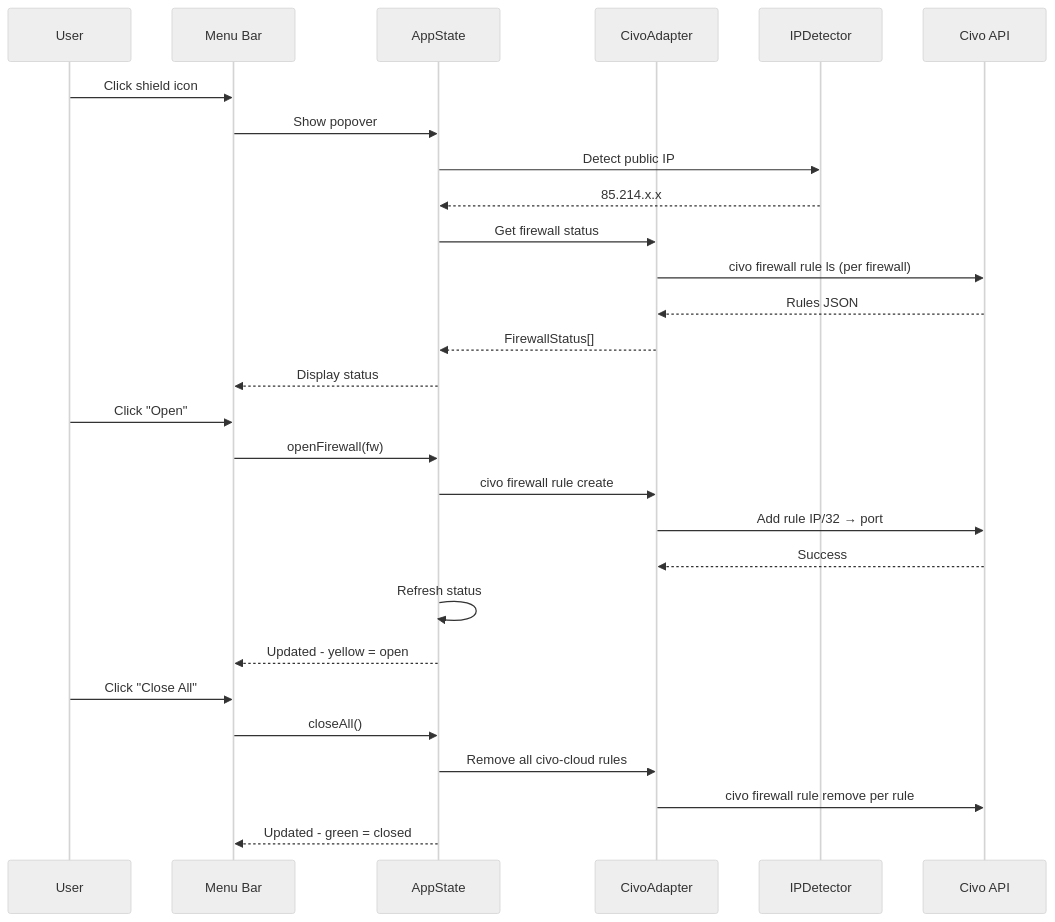
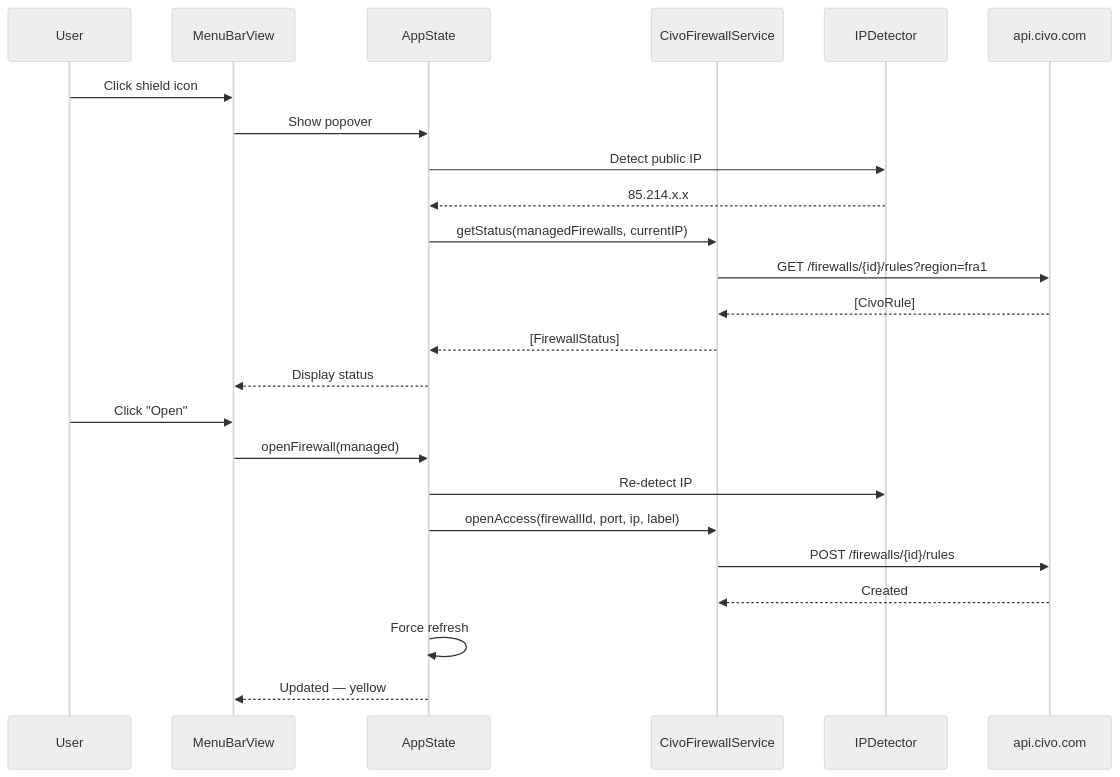
One commit to marcelrgberger/civo-cloud-manager changed the fourth of 7 diagrams in README.md. Above: the diagram before and after it, drawn with Mermaid (neutral theme). The commit also changed other lines of this file and 89 other files, not shown here.

First line of the commit message:
Full CLI GUI: native Civo HTTP API, dashboard, paywall, 7 languages, App Store ready

````diff
--- a/README.md
+++ b/README.md
@@ -91,33 +369,28 @@
 ```mermaid
 sequenceDiagram
     participant U as User
-    participant M as Menu Bar
+    participant M as MenuBarView
     participant S as AppState
-    participant C as CivoAdapter
+    participant F as CivoFirewallService
     participant IP as IPDetector
-    participant API as Civo API
+    participant API as api.civo.com
 
     U->>M: Click shield icon
     M->>S: Show popover
     S->>IP: Detect public IP
     IP-->>S: 85.214.x.x
-    S->>C: Get firewall status
-    C->>API: civo firewall rule ls (per firewall)
-    API-->>C: Rules JSON
-    C-->>S: FirewallStatus[]
+    S->>F: getStatus(managedFirewalls, currentIP)
+    F->>API: GET /firewalls/{id}/rules?region=fra1
+    API-->>F: [CivoRule]
+    F-->>S: [FirewallStatus]
     S-->>M: Display status
 
     U->>M: Click "Open"
-    M->>S: openFirewall(fw)
-    S->>C: civo firewall rule create
-    C->>API: Add rule IP/32 → port
-    API-->>C: Success
-    S->>S: Refresh status
-    S-->>M: Updated - yellow = open
-
-    U->>M: Click "Close All"
-    M->>S: closeAll()
-    S->>C: Remove all civo-cloud rules
-    C->>API: civo firewall rule remove per rule
-    S-->>M: Updated - green = closed
+    M->>S: openFirewall(managed)
+    S->>IP: Re-detect IP
+    S->>F: openAccess(firewallId, port, ip, label)
+    F->>API: POST /firewalls/{id}/rules
+    API-->>F: Created
+    S->>S: Force refresh
+    S-->>M: Updated — yellow
 ```
````
